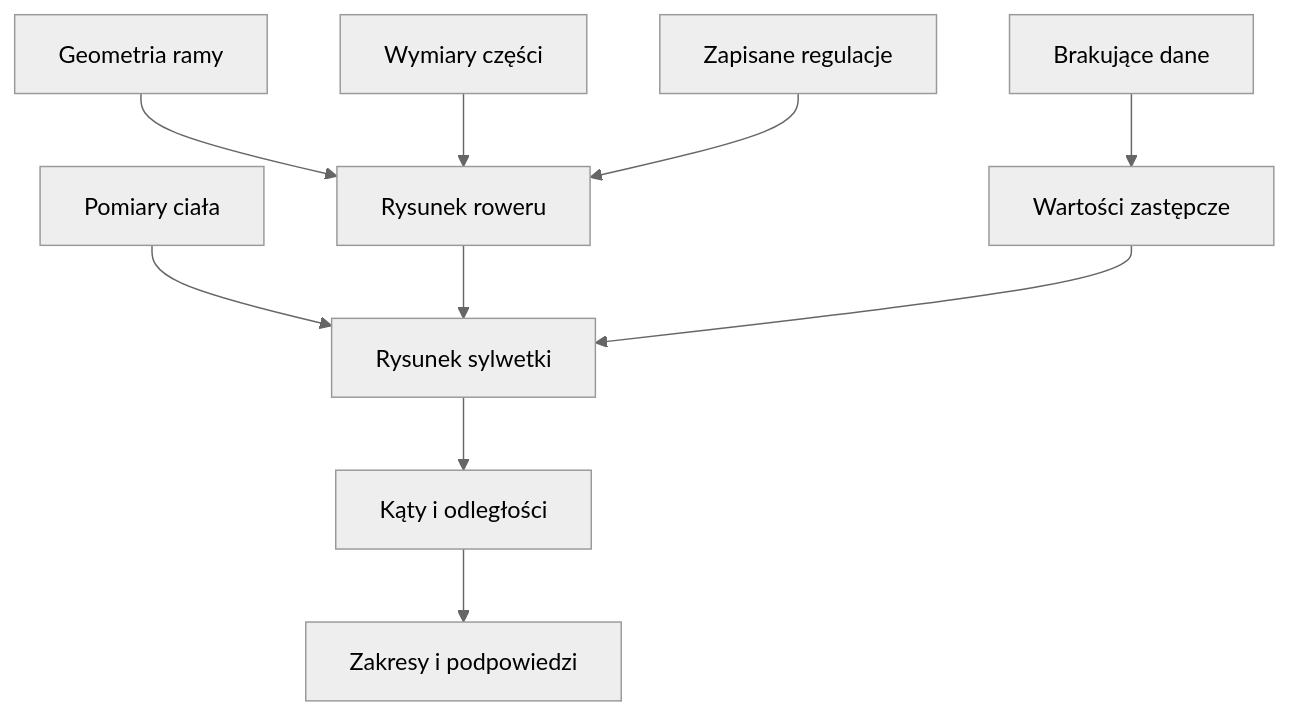
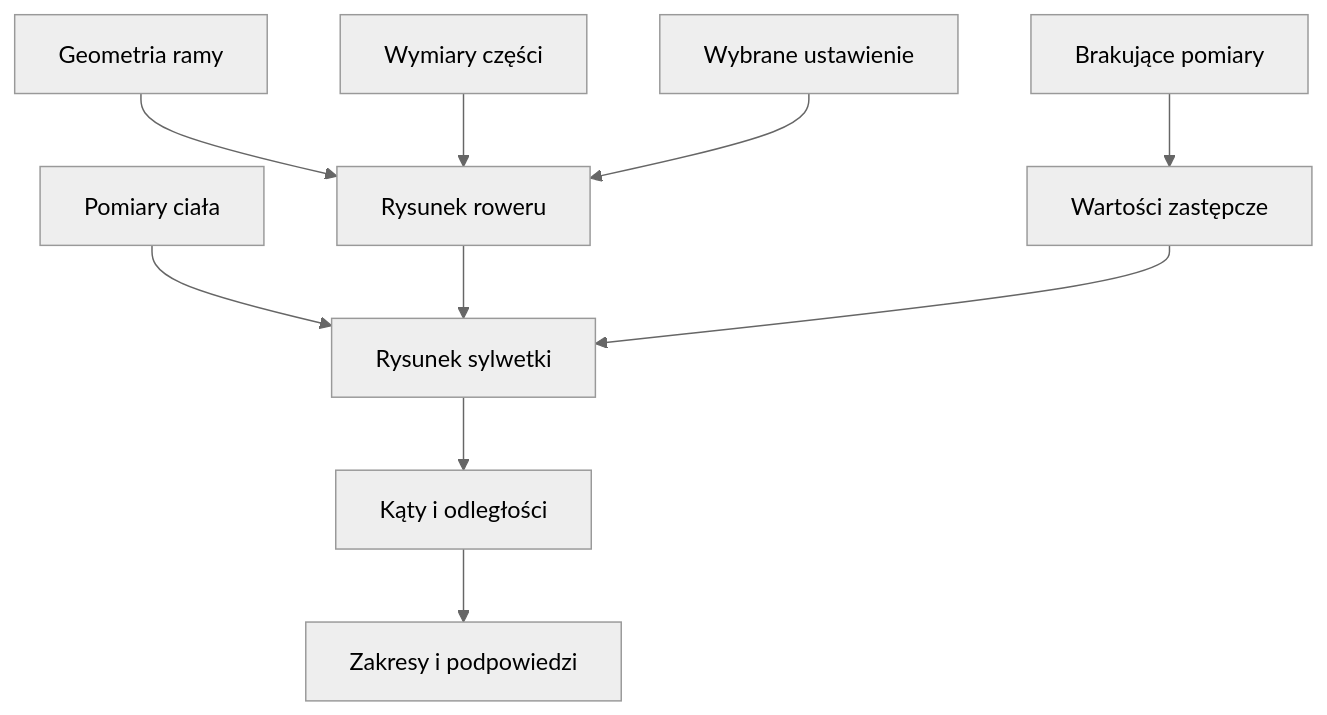
Before and after one commit to QbotMS/QbotQ: the diagram in docs/wiki/garaz/fitting.md, drawn with Mermaid (neutral theme). The commit also changed other lines of this file and 153 other files, not shown here.

````diff
--- a/docs/wiki/garaz/fitting.md
+++ b/docs/wiki/garaz/fitting.md
@@ -43,12 +44,12 @@
 ```mermaid
 flowchart TD
-  Rama[Geometria ramy] --> Rower[Rysunek roweru]
-  Czesc[Wymiary części] --> Rower
-  Ustawienia[Zapisane regulacje] --> Rower
+  Rama[Geometria ramy] --> Rysunek[Rysunek roweru]
+  Czesci[Wymiary części] --> Rysunek
+  Ustawienia[Wybrane ustawienie] --> Rysunek
   Cialo[Pomiary ciała] --> Sylwetka[Rysunek sylwetki]
-  Rower --> Sylwetka
-  Braki[Brakujące dane] --> Domyslne[Wartości zastępcze]
-  Domyslne --> Sylwetka
+  Rysunek --> Sylwetka
+  Braki[Brakujące pomiary] --> Zalozenia[Wartości zastępcze]
+  Zalozenia --> Sylwetka
   Sylwetka --> Katy[Kąty i odległości]
-  Katy --> Ocena[Zakresy i podpowiedzi]
+  Katy --> Podpowiedzi[Zakresy i podpowiedzi]
 ```
````
